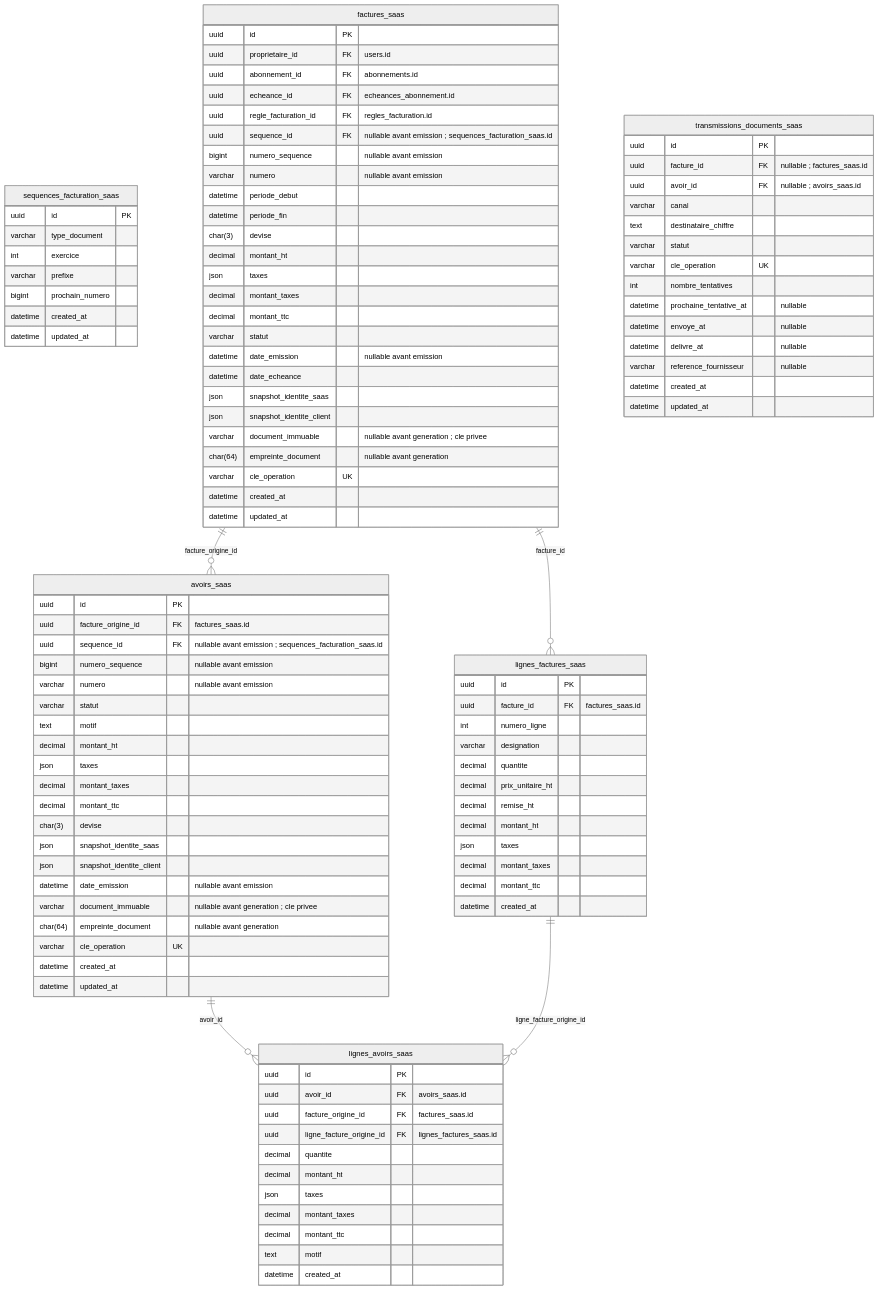
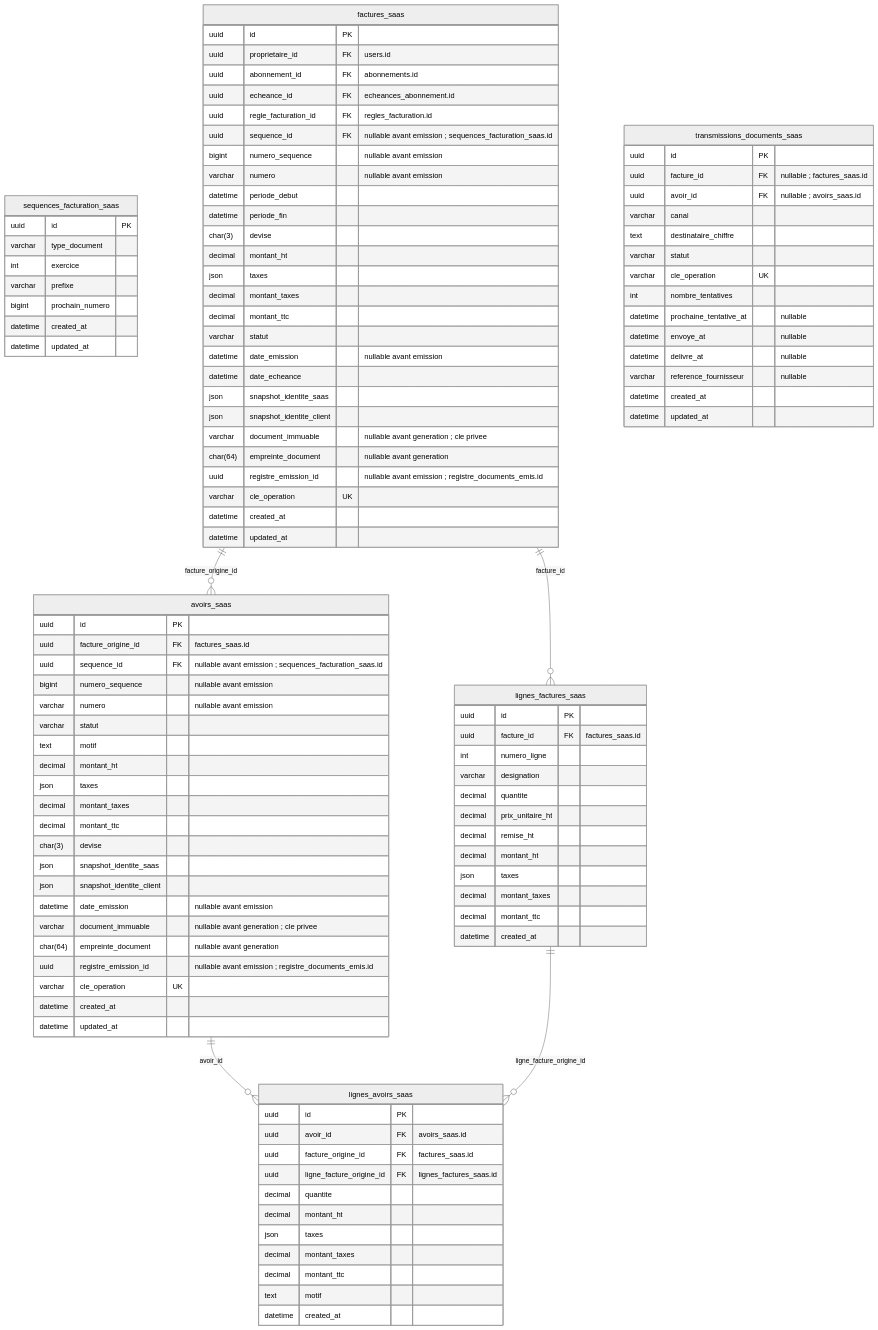
Before and after one commit to unitealfa/saas-ecom: diagram 13 of 37 in Schema-BDD-SaaS-Ecommerce-UUID.md, drawn with Mermaid (neutral theme). The commit also changed other lines of this file, not shown here.

```diff
--- a/Schema-BDD-SaaS-Ecommerce-UUID.md
+++ b/Schema-BDD-SaaS-Ecommerce-UUID.md
@@ -921,6 +949,7 @@
         json snapshot_identite_client
         varchar document_immuable "nullable avant generation ; cle privee"
         char(64) empreinte_document "nullable avant generation"
+        uuid registre_emission_id "nullable avant emission ; registre_documents_emis.id"
         varchar cle_operation UK
         datetime created_at
         datetime updated_at
@@ -957,6 +986,7 @@
         datetime date_emission "nullable avant emission"
         varchar document_immuable "nullable avant generation ; cle privee"
         char(64) empreinte_document "nullable avant generation"
+        uuid registre_emission_id "nullable avant emission ; registre_documents_emis.id"
         varchar cle_operation UK
         datetime created_at
         datetime updated_at
```
